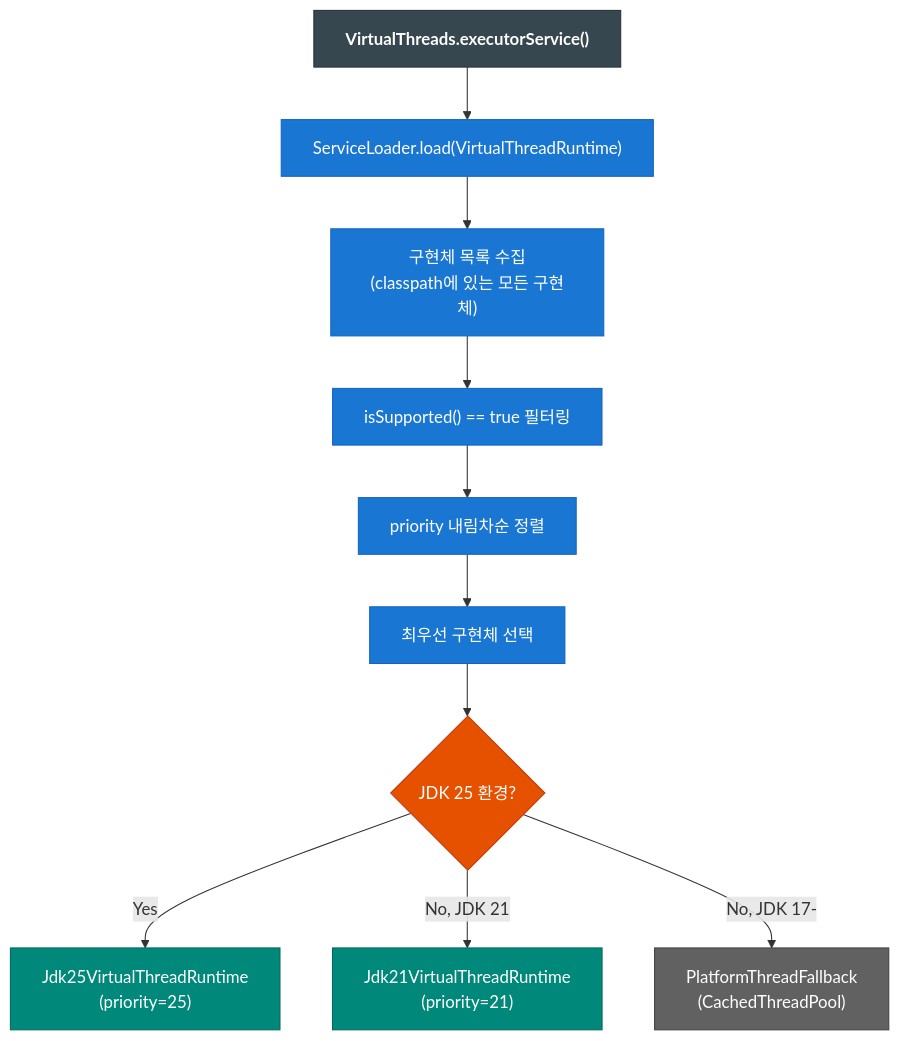
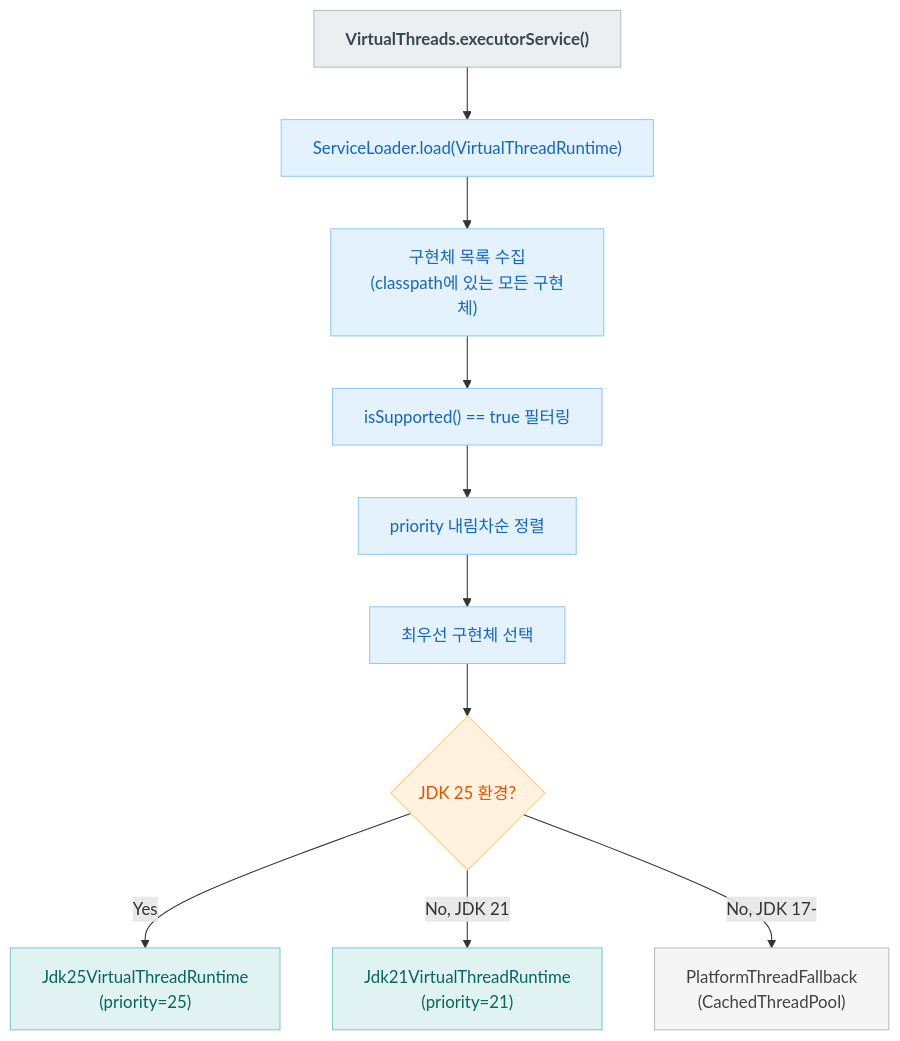
One commit to bluetape4k/bluetape4k-projects changed the second of 2 diagrams in virtualthread/api/README.ko.md. Above: the diagram before and after it, drawn with Mermaid. The commit also changed other lines of this file and 219 other files, not shown here.

First line of the commit message:
docs: 전체 README Mermaid 다이어그램 가이드 적용

````diff
--- a/virtualthread/api/README.ko.md
+++ b/virtualthread/api/README.ko.md
@@ -242,24 +242,24 @@
 ```mermaid
 flowchart TD
     START["VirtualThreads.executorService()"] --> SL["ServiceLoader.load(VirtualThreadRuntime)"]
     SL --> CANDIDATES["구현체 목록 수집<br/>(classpath에 있는 모든 구현체)"]
     CANDIDATES --> FILTER["isSupported() == true 필터링"]
     FILTER --> SORT["priority 내림차순 정렬"]
     SORT --> SELECT["최우선 구현체 선택"]
     SELECT --> JDK25{"JDK 25 환경?"}
     JDK25 -->|"Yes"| USE25["Jdk25VirtualThreadRuntime<br/>(priority=25)"]
     JDK25 -->|"No, JDK 21"| USE21["Jdk21VirtualThreadRuntime<br/>(priority=21)"]
     JDK25 -->|"No, JDK 17-"| USEFALL["PlatformThreadFallback<br/>(CachedThreadPool)"]
 
-    classDef entryStyle fill:#37474F,stroke:#263238,color:#FFFFFF,font-weight:bold
-    classDef processStyle fill:#1976D2,stroke:#1565C0,color:#FFFFFF
-    classDef decisionStyle fill:#E65100,stroke:#BF360C,color:#FFFFFF
-    classDef implStyle fill:#00897B,stroke:#00695C,color:#FFFFFF
-    classDef fallbackStyle fill:#616161,stroke:#424242,color:#FFFFFF
+    classDef entryStyle fill:#ECEFF1,stroke:#B0BEC5,color:#37474F,font-weight:bold
+    classDef processStyle fill:#E3F2FD,stroke:#90CAF9,color:#1565C0
+    classDef decisionStyle fill:#FFF3E0,stroke:#FFCC80,color:#E65100
+    classDef implStyle fill:#E0F2F1,stroke:#80CBC4,color:#00695C
+    classDef fallbackStyle fill:#F5F5F5,stroke:#BDBDBD,color:#424242
 
     class START entryStyle
     class SL,CANDIDATES,FILTER,SORT,SELECT processStyle
     class JDK25 decisionStyle
     class USE25,USE21 implStyle
     class USEFALL fallbackStyle
 ```
````
